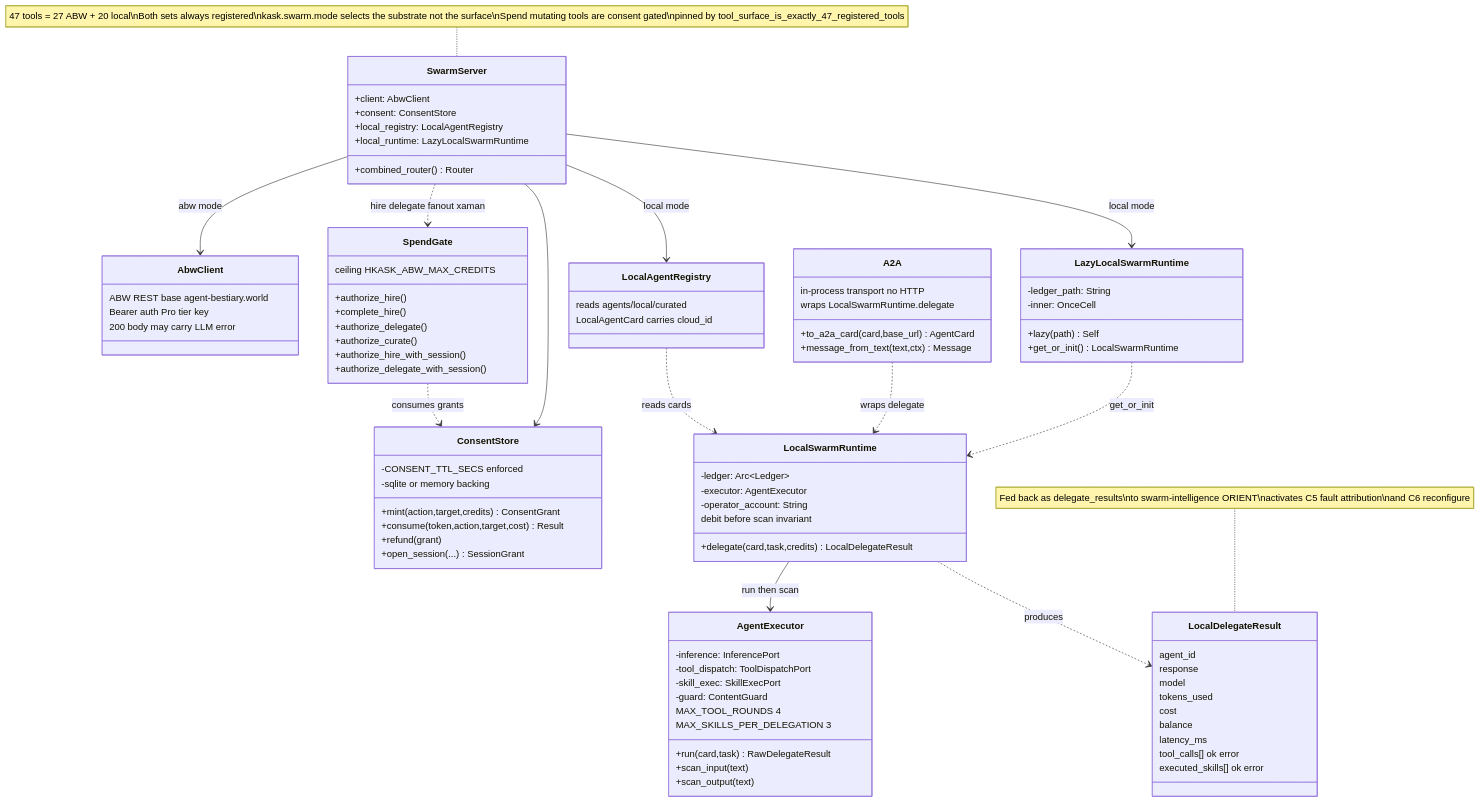
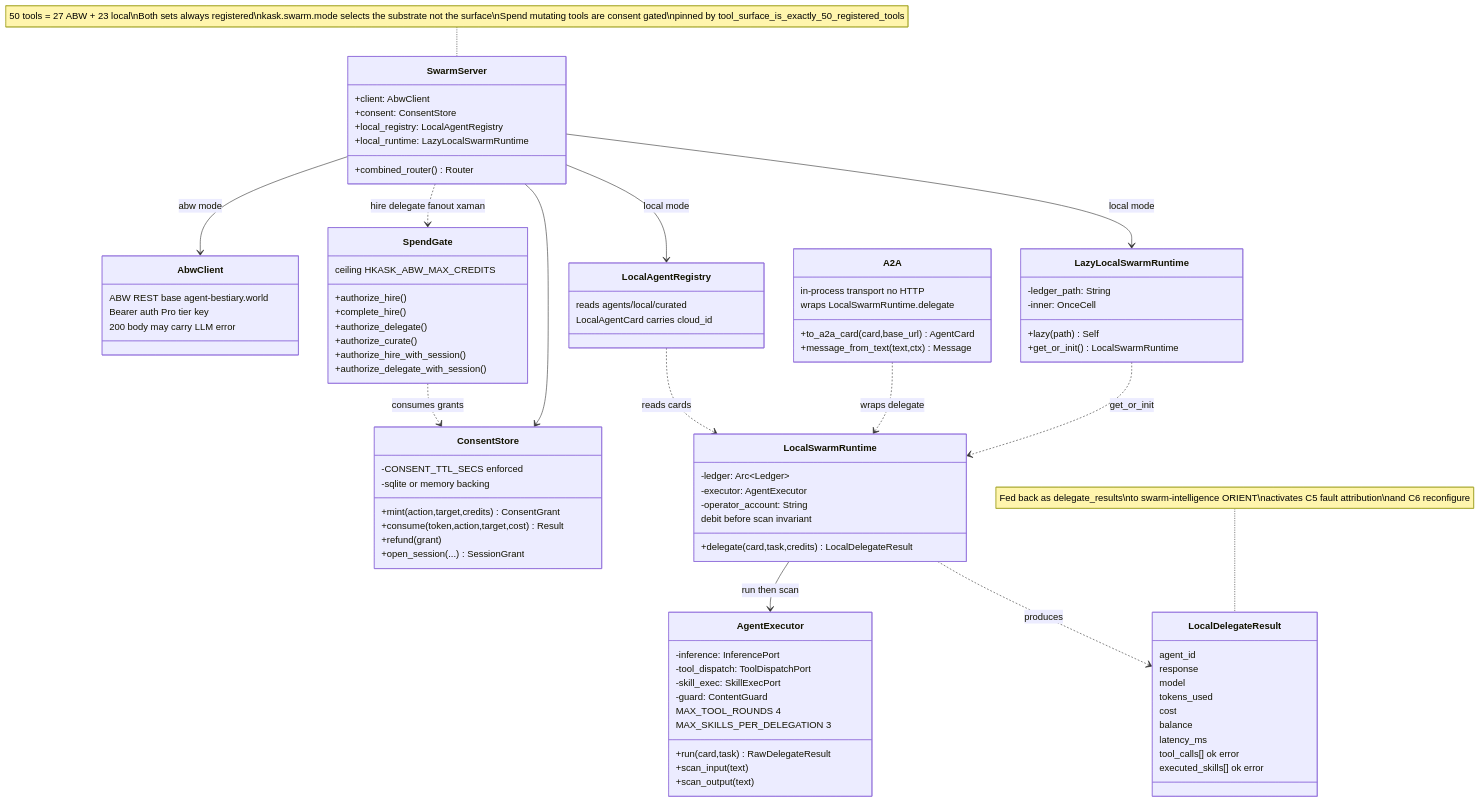
The diagram in kask/docs/diagrams/class-swarm-server.md (mdz-axo/zed-kask), drawn with Mermaid before and after one commit. The commit also changed other lines of this file and 16 other files, not shown here.

First line of the commit message:
Add local swarm knowledge tools

````diff
--- a/kask/docs/diagrams/class-swarm-server.md
+++ b/kask/docs/diagrams/class-swarm-server.md
@@ -100,6 +100,6 @@
     A2A ..> LocalSwarmRuntime : wraps delegate
     LocalAgentRegistry ..> LocalSwarmRuntime : reads cards
 
-    note for SwarmServer "47 tools = 27 ABW + 20 local\nBoth sets always registered\nkask.swarm.mode selects the substrate not the surface\nSpend mutating tools are consent gated\npinned by tool_surface_is_exactly_47_registered_tools"
+    note for SwarmServer "50 tools = 27 ABW + 23 local\nBoth sets always registered\nkask.swarm.mode selects the substrate not the surface\nSpend mutating tools are consent gated\npinned by tool_surface_is_exactly_50_registered_tools"
     note for LocalDelegateResult "Fed back as delegate_results\nto swarm-intelligence ORIENT\nactivates C5 fault attribution\nand C6 reconfigure"
 ```
````
